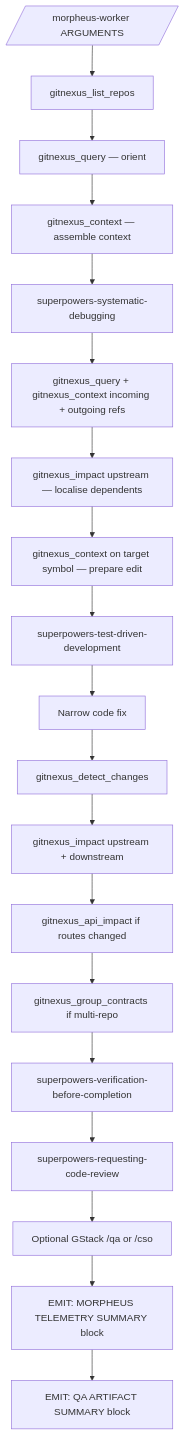
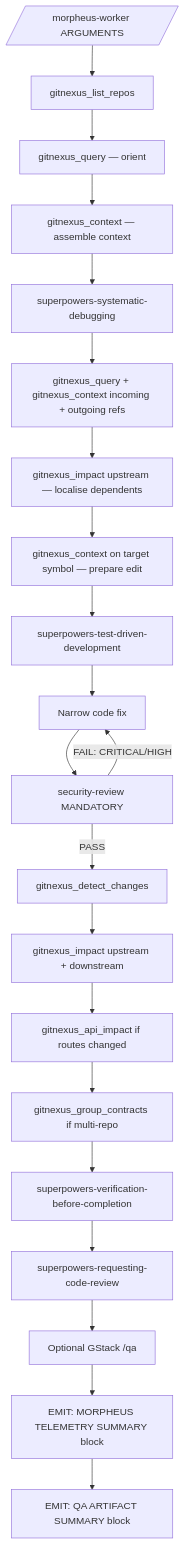
One commit to LogeswaranA/bug-fixer changed the diagram in .claude/skills/morpheus-worker/SKILL.md. Above: the diagram before and after it, drawn with Mermaid. The commit also changed other lines of this file and 2 other files, not shown here.

````diff
--- a/.claude/skills/morpheus-worker/SKILL.md
+++ b/.claude/skills/morpheus-worker/SKILL.md
@@ -343,21 +348,23 @@
 ```mermaid
 flowchart TD
     A[/morpheus-worker ARGUMENTS/] --> B[gitnexus_list_repos]
     B --> C[gitnexus_query — orient]
     C --> D[gitnexus_context — assemble context]
     D --> E[superpowers-systematic-debugging]
     E --> F[gitnexus_query + gitnexus_context incoming + outgoing refs]
     F --> G[gitnexus_impact upstream — localise dependents]
     G --> H[gitnexus_context on target symbol — prepare edit]
     H --> I[superpowers-test-driven-development]
     I --> J[Narrow code fix]
-    J --> K[gitnexus_detect_changes]
-    K --> L[gitnexus_impact upstream + downstream]
-    L --> M[gitnexus_api_impact if routes changed]
-    M --> N[gitnexus_group_contracts if multi-repo]
-    N --> O[superpowers-verification-before-completion]
-    O --> P[superpowers-requesting-code-review]
-    P --> Q[Optional GStack /qa or /cso]
-    Q --> R[EMIT: MORPHEUS TELEMETRY SUMMARY block]
-    R --> S[EMIT: QA ARTIFACT SUMMARY block]
+    J --> K[security-review MANDATORY]
+    K -->|FAIL: CRITICAL/HIGH| J
+    K -->|PASS| L[gitnexus_detect_changes]
+    L --> M[gitnexus_impact upstream + downstream]
+    M --> N[gitnexus_api_impact if routes changed]
+    N --> O[gitnexus_group_contracts if multi-repo]
+    O --> P[superpowers-verification-before-completion]
+    P --> Q[superpowers-requesting-code-review]
+    Q --> R[Optional GStack /qa]
+    R --> S[EMIT: MORPHEUS TELEMETRY SUMMARY block]
+    S --> T[EMIT: QA ARTIFACT SUMMARY block]
 ```
````
